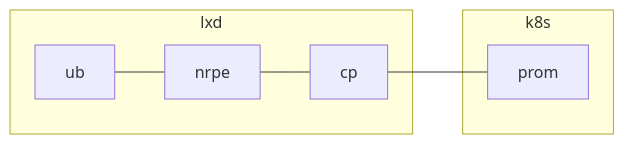
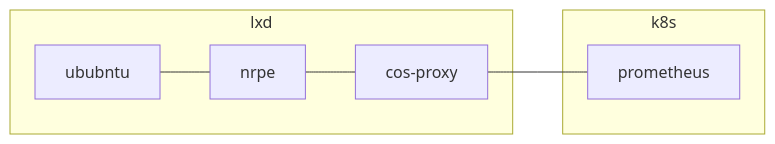
Before and after one commit to canonical/cos-proxy-operator: the diagram in tests/manual/README.md, drawn with Mermaid.

Commit message:
No abbrv

````diff
--- a/tests/manual/README.md
+++ b/tests/manual/README.md
@@ -5,12 +5,12 @@
 ```mermaid
 graph LR
 subgraph lxd
-ub --- nrpe --- cp
+ububntu --- nrpe --- cos-proxy
 end
 
 subgraph k8s
-prom
+prometheus
 end
 
-cp ---prom
+cos-proxy ---prometheus
 ```
````
